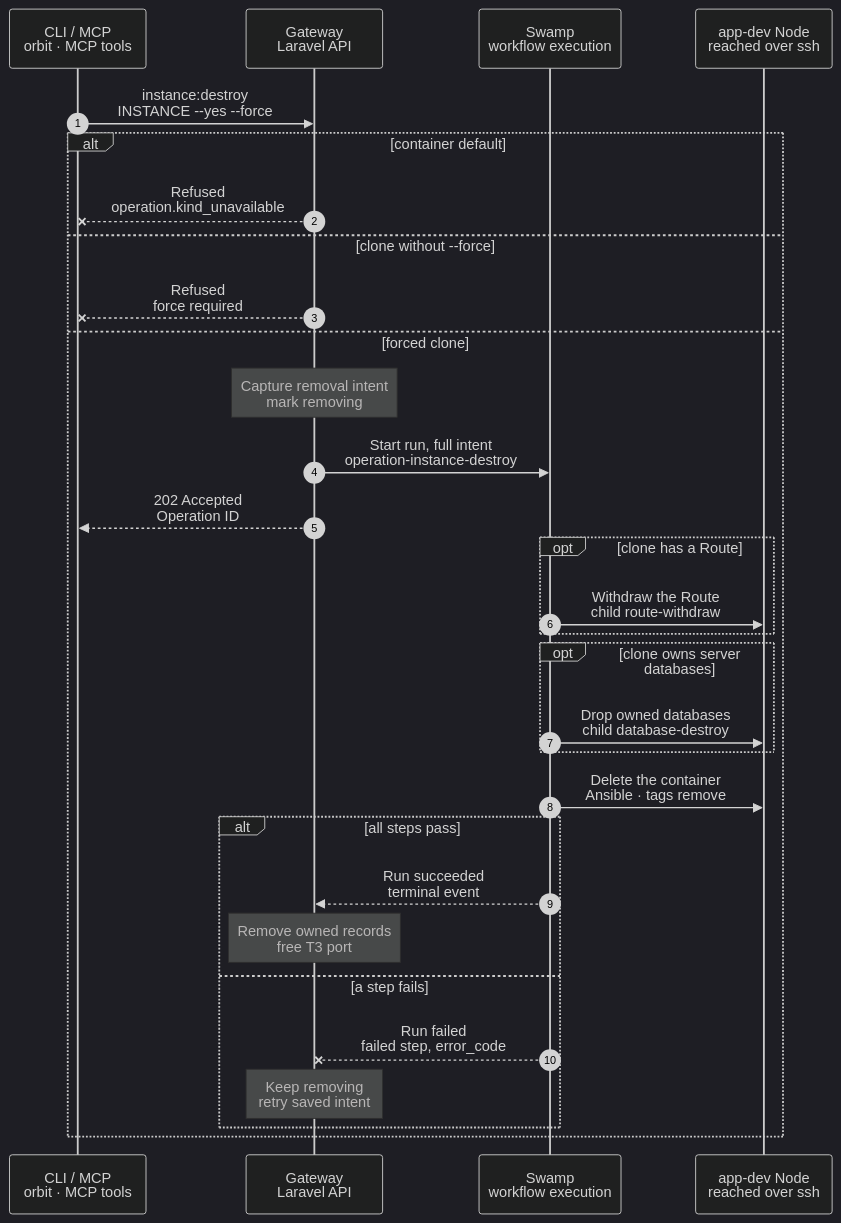
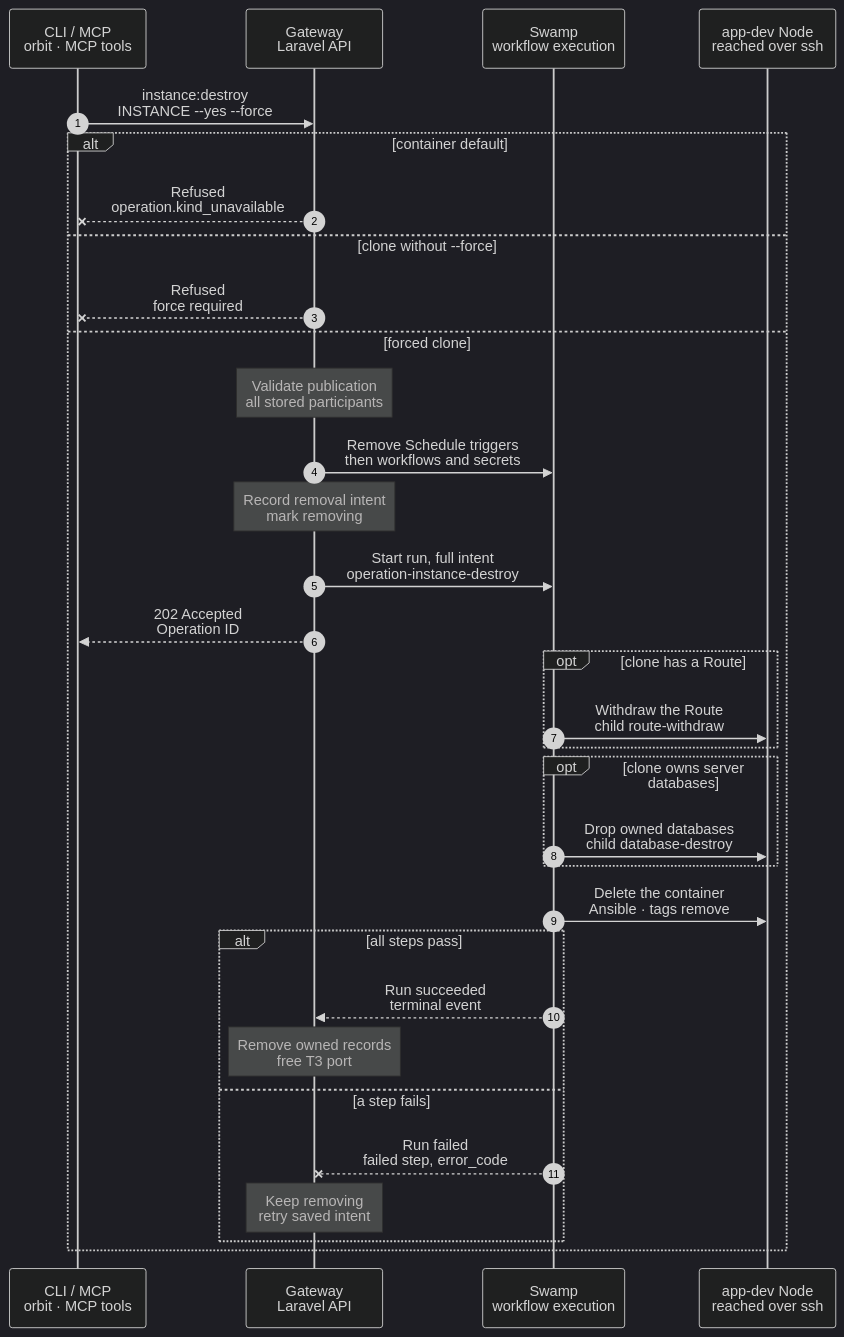
One commit to hardimpactdev/orbit changed the diagram in docs/cli/instance/container/destroy.mmd. Above: the diagram before and after it, drawn with Mermaid (dark theme). The commit also changed 4 other files, not shown here.

Commit message:
docs(instance): validate publication before stopping Schedules

```diff
--- a/docs/cli/instance/container/destroy.mmd
+++ b/docs/cli/instance/container/destroy.mmd
@@ -1,82 +1,89 @@
 sequenceDiagram
   %% Non-default container cleanup. Conn admission precedes this forced engine; CLI admission keeps its existing rules.
   %% status: draft
   %% command: instance:destroy
   %% kind: instance.destroy
   autonumber
   %% lane CLI icon=terminal pill=caller tone=gray
   %% lane GW icon=gateway pill=intent tone=blue
   %% lane SW icon=workflow pill=executes tone=green
   %% lane N icon=server pill=target tone=amber
   participant CLI as CLI / MCP<br/>orbit · MCP tools
   participant GW as Gateway<br/>Laravel API
   participant SW as Swamp<br/>workflow execution
   participant N as app-dev Node<br/>reached over ssh
   CLI->>GW: instance:destroy<br/>INSTANCE --yes --force
   %% path: main
   %%> Conn admission:
   %%> - POST /api/v1/conn/instances/ID/destroy requires an Idempotency-Key and acknowledge_unsaved as a JSON boolean
   %%> - the caller needs access to the Instance's Node; a missing Instance is 404
   %%> - a default answers 409 instance.default_protected; a host checkout answers 409 instance.not_container
   %%> - without acknowledgement, answer 409 instance.unsaved_work with unknown state and null counts; no container Git observations exist yet
   %%> - these refusals change no Schedule, Route, database, pairing, environment or Operation, and never probe the container
   %%> - acknowledged removal uses this same engine with force=true; all existing engine blockers keep their codes
   %%> - the same key and request returns the same Operation with 202, including after Instance deletion; a changed request is an idempotency conflict
   %%> CLI requirements:
   %%> - Node access to the Instance's Node and no other lifecycle Operation holds the Instance
   %%> - this slice supports a non-default container Instance, cloned or migrated; the Instance named `default` remains unavailable
   %%> - `--force` is required until guarded removal is built; no work or turn check runs
   alt container default
     %% path: default-unavailable
     GW--xCLI: Refused<br/>operation.kind_unavailable
   else clone without --force
     %% path: force-required
     GW--xCLI: Refused<br/>force required
     %%> Code:
     %%> - `instance.container_destroy_force_required`
   else forced clone
     %% path: admitted
-    Note over GW: Capture removal intent<br/>mark removing
+    Note over GW: Validate publication<br/>all stored participants
     %%> Result:
     %%> - capture the clone's container identity, Route, Processes and owned databases
-    %%> - Conn runs stored blocker checks before calling the engine; the engine keeps its existing Schedule removal and failure boundary
+    %%> - all callers prepare the complete removal once: every publication Node, SSH pin, Caddyfile, PHP configuration and DNS state must pass before any Schedule effect
+    %%> - this preparation changes no desired state, records no intent and stages no execution copy
     %%> - keep its runtime row, address and T3 port reserved until terminal success
     %%> - Conn refuses new pairings while the Instance is removing
+    GW->>SW: Remove Schedule triggers<br/>then workflows and secrets
+    %%> Failure boundary:
+    %%> - a validation refusal leaves Schedules untouched; a Schedule removal failure keeps the Instance and Route active and records no destroy Operation
+    Note over GW: Record removal intent<br/>mark removing
+    %%> Result:
+    %%> - persist the prepared input without rendering or validating publication again; mark the Instance removing and the Route retiring in the existing intent transaction
     GW->>SW: Start run, full intent<br/>operation-instance-destroy
     GW-->>CLI: 202 Accepted<br/>Operation ID
     opt clone has a Route
       %% path: routed
       SW->>N: Withdraw the Route<br/>child route-withdraw
       %%> Caddy publication:
       %%> - on the Node, wait at most 5 s for the publish lock; compare the composed-from SHA-256 with the live file, then validate, rename and reload under that lock
       %%> - a changed base refuses with `caddy.composed_from_live_mismatch`; a busy lock refuses with `caddy.publish_busy`; the live Caddyfile stays unchanged and the normal failure path runs
     end
     opt clone owns server databases
       %% path: server-database
       SW->>N: Drop owned databases<br/>child database-destroy
     end
     SW->>N: Delete the container<br/>Ansible · tags remove
     %%> What it does:
     %%> - stops and deletes the clone, its Processes, T3 history, snapshots, storage volume and proxy device
     %%> - deleting T3 retires every session and unused pairing link; no T3 call or new vault key is needed
     %%> - removes its `instance-<id>` ACL from Incus project `default`, its owned UFW rules, its Node repository mirror and its private Node mail activation state
     %%> - checks that the container and storage volume are absent; already absent resources are removed
     %%> - the default and sibling clones stay; a migrated Instance's retained Git directory is untouched and can be purged only by hand
     alt all steps pass
       %% path: succeeded
       SW-->>GW: Run succeeded<br/>terminal event
       Note over GW: Remove owned records<br/>free T3 port
       %%> Result:
       %%> - remove Instance execution copies and Conn's copies, environment and pairings, even while Conn is disabled
       %%> - delete the Route, Processes, owned database records, runtime row and Instance
       %%> - keep `retained_git_path` and `retained_git_at` in the destroy Operation result so retention stays findable after the Instance row goes
       %%> - deleting the runtime row frees the published T3 port and bridge address
     else a step fails
       %% path: removal-failed
       SW--xGW: Run failed<br/>failed step, error_code
       Note over GW: Keep removing<br/>retry saved intent
       %%> Retry:
       %%> - a fresh forced destroy reuses the removal identity and accepts resources already gone
       %%> - after withdrawal the Route stays down; records and the reserved port stay until success
     end
   end
```
